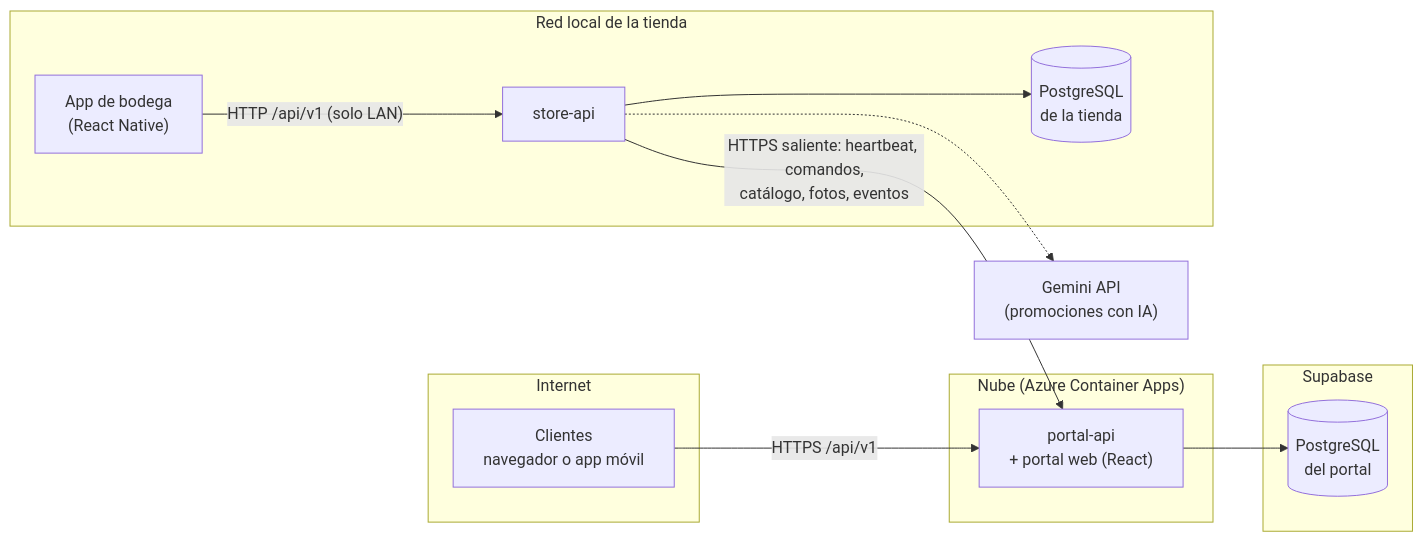
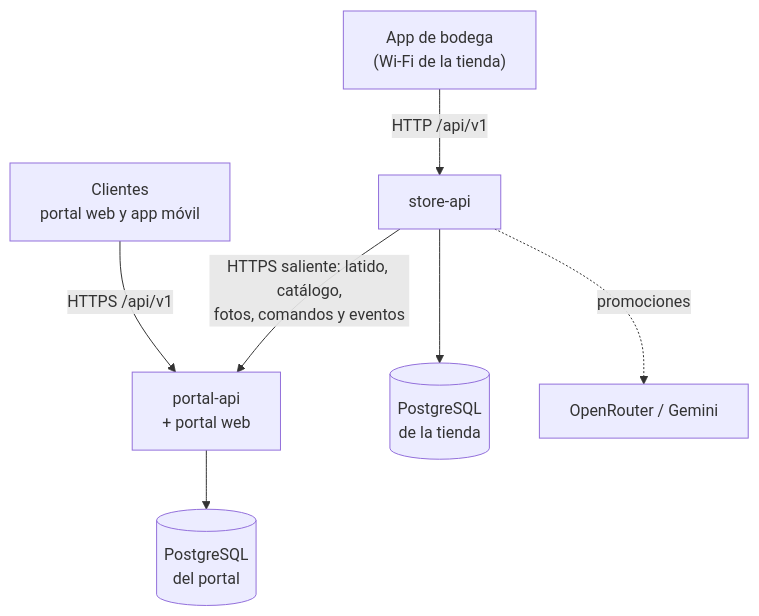
Before and after one commit to kiramman-mp3/EcosistemaKaren: the first of 3 diagrams in README.md, drawn with Mermaid. The commit also changed other lines of this file, not shown here.

````diff
--- a/README.md
+++ b/README.md
@@ -20,29 +92,9 @@
 ```mermaid
-flowchart LR
-    subgraph Internet["Internet"]
-        Cliente["Clientes<br/>navegador o app móvil"]
-    end
-
-    subgraph Nube["Nube (Azure Container Apps)"]
-        Portal["portal-api<br/>+ portal web (React)"]
-    end
-
-    subgraph SB["Supabase"]
-        DBPortal[("PostgreSQL<br/>del portal")]
-    end
-
-    subgraph Tienda["Red local de la tienda"]
-        Store["store-api"]
-        DBStore[("PostgreSQL<br/>de la tienda")]
-        Bodega["App de bodega<br/>(React Native)"]
-    end
-
-    Gemini["Gemini API<br/>(promociones con IA)"]
-
-    Cliente -->|"HTTPS /api/v1"| Portal
-    Portal --> DBPortal
-    Store -->|"HTTPS saliente: heartbeat, comandos,<br/>catálogo, fotos, eventos"| Portal
-    Store --> DBStore
-    Bodega -->|"HTTP /api/v1 (solo LAN)"| Store
-    Store -.-> Gemini
+graph TD
+    Cliente["Clientes<br/>portal web y app móvil"] -->|"HTTPS /api/v1"| Portal["portal-api<br/>+ portal web"]
+    Portal --> DBPortal[("PostgreSQL<br/>del portal")]
+    Bodega["App de bodega<br/>(Wi-Fi de la tienda)"] -->|"HTTP /api/v1"| Store["store-api"]
+    Store --> DBStore[("PostgreSQL<br/>de la tienda")]
+    Store -->|"HTTPS saliente: latido, catálogo,<br/>fotos, comandos y eventos"| Portal
+    Store -.->|"promociones"| IA["OpenRouter / Gemini"]
 ```
````
